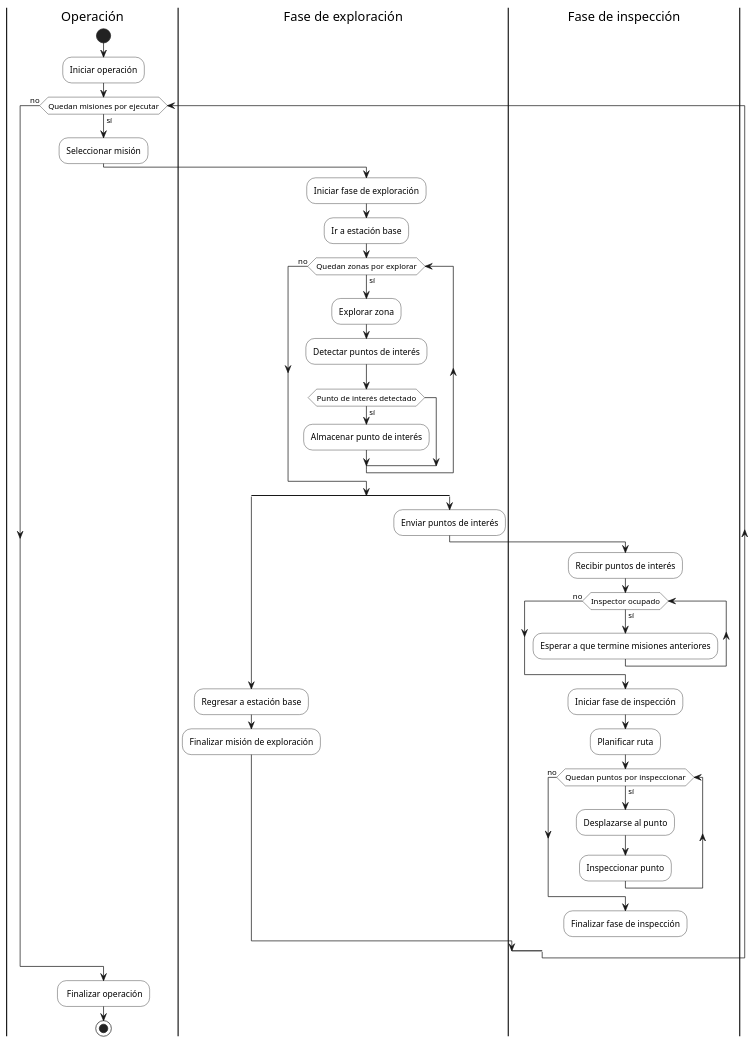
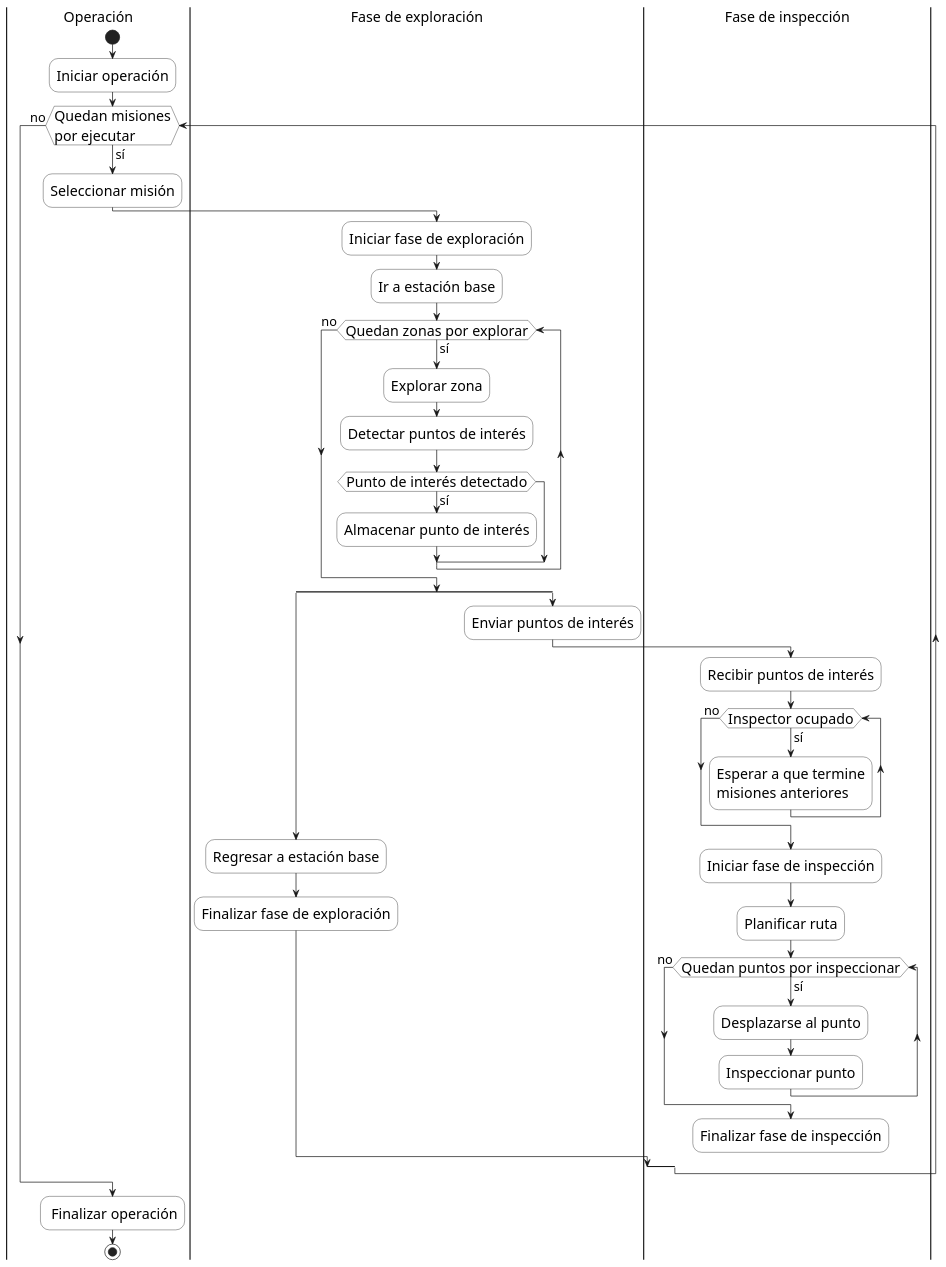
Before and after one commit to lcruper/tfm-multiagent: the diagram in diagrams/actividades.puml, drawn with PlantUML. The commit also changed 7 other files, not shown here.

Commit message:
Diagrams ready

```diff
--- a/diagrams/actividades.puml
+++ b/diagrams/actividades.puml
@@ -1,51 +1,57 @@
 @startuml
+skinparam defaultFontSize 20
+skinparam ActivityFontSize 20
+skinparam ArrowFontSize 18
+skinparam SwimlaneFontSize 25
+skinparam ConditionFontSize 18
+
 skinparam ConditionEndStyle hline
 
 skinparam activity {
   BorderStyle solid
   BorderColor #000000ff
   BackgroundColor #ffffffff
 }
 
 |Operación|
 start
 :Iniciar operación;
 
-while (Quedan misiones por ejecutar) is (sí)
+while (Quedan misiones\npor ejecutar) is (sí)
     :Seleccionar misión;
     |Fase de exploración|
     :Iniciar fase de exploración;
     :Ir a estación base;
 
     while (Quedan zonas por explorar) is (sí)
         :Explorar zona;
         :Detectar puntos de interés;
         if (Punto de interés detectado) then (sí)
             :Almacenar punto de interés;
         endif
     endwhile (no)
     split
         |Fase de exploración|
         :Regresar a estación base;
-        :Finalizar misión de exploración;
+        :Finalizar fase de exploración;
     split again
         :Enviar puntos de interés;
         |Fase de inspección|
         :Recibir puntos de interés;
         while (Inspector ocupado) is (sí)
-            :Esperar a que termine misiones anteriores;
+            :Esperar a que termine\nmisiones anteriores;
         endwhile (no)
         :Iniciar fase de inspección;
         :Planificar ruta;
         while (Quedan puntos por inspeccionar) is (sí)
             :Desplazarse al punto;
             :Inspeccionar punto;
         endwhile (no)
         :Finalizar fase de inspección;
         detach
     end split
 endwhile (no)
 |Operación|
 : Finalizar operación;
 stop
 @enduml
```
